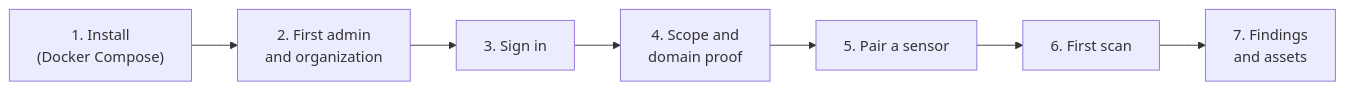
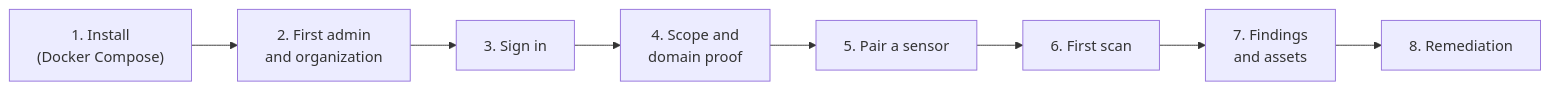
Before and after one commit to openctemio/docs: the diagram in quickstart.md, drawn with Mermaid. The commit also changed other lines of this file and 10 other files, not shown here.

````diff
--- a/quickstart.md
+++ b/quickstart.md
@@ -20,9 +20,10 @@
 ```mermaid
 flowchart LR
     A["1. Install<br/>(Docker Compose)"] --> B["2. First admin<br/>and organization"]
     B --> C["3. Sign in"]
     C --> D["4. Scope and<br/>domain proof"]
     D --> E["5. Pair a sensor"]
     E --> F["6. First scan"]
     F --> G["7. Findings<br/>and assets"]
+    G --> H["8. Remediation"]
 ```
````
